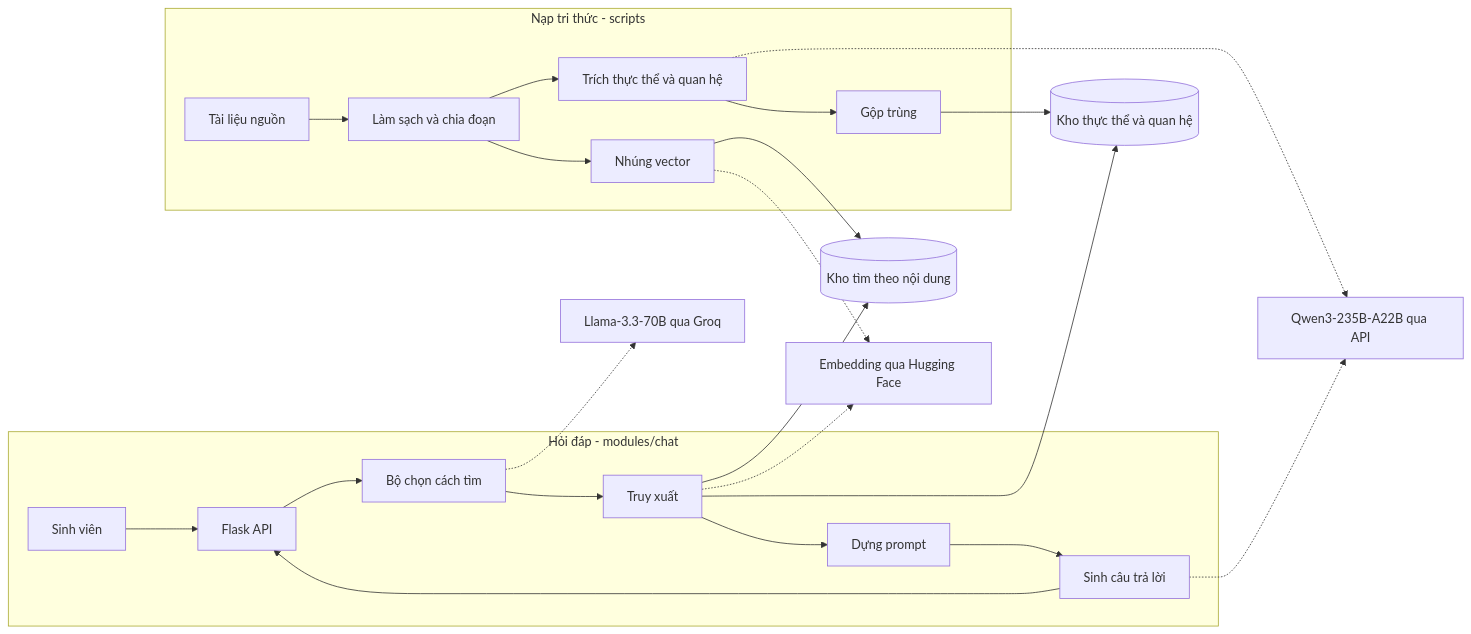
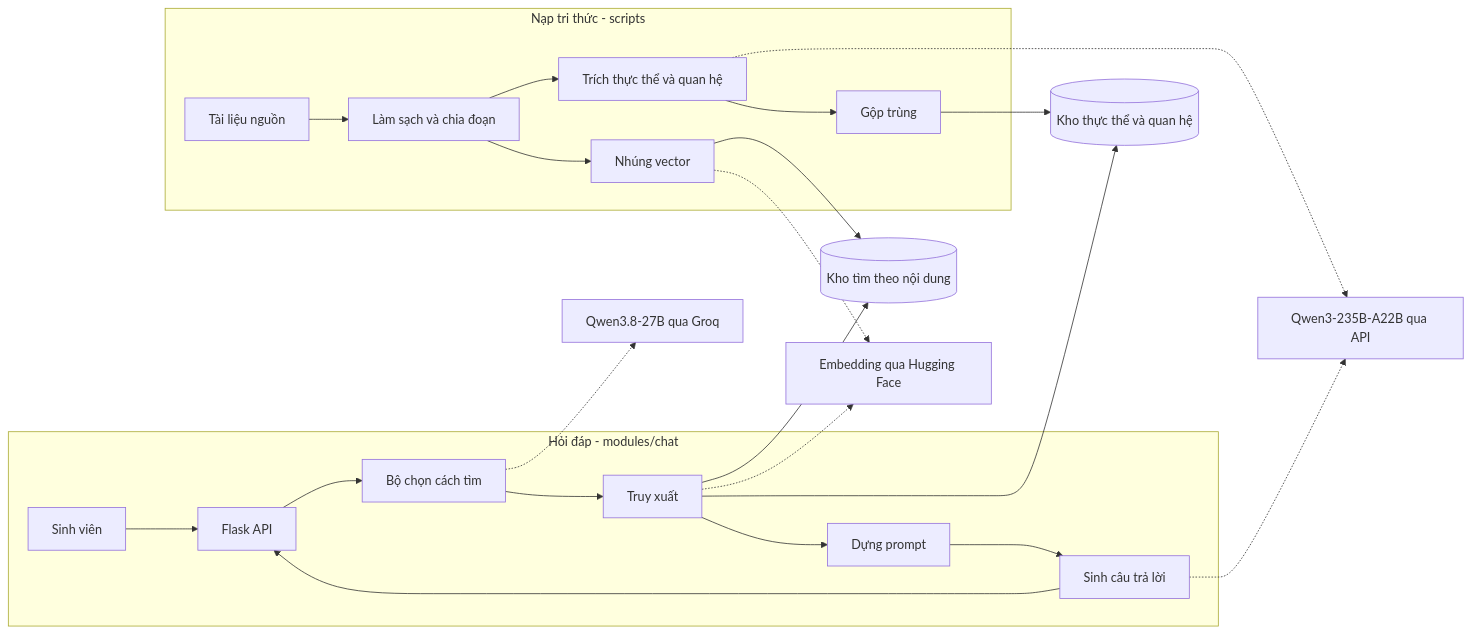
Before and after one commit to leduyquang-end/ChatBot-TLU: the diagram in docs/2-ky-thuat/Kien_truc_chatbot_tlu.md, drawn with Mermaid. The commit also changed other lines of this file and 142 other files, not shown here.

````diff
--- a/docs/2-ky-thuat/Kien_truc_chatbot_tlu.md
+++ b/docs/2-ky-thuat/Kien_truc_chatbot_tlu.md
@@ -23,28 +23,28 @@
 ```mermaid
 flowchart LR
   subgraph Offline[Nạp tri thức - scripts]
     S1[Tài liệu nguồn] --> S2[Làm sạch và chia đoạn]
     S2 --> S3[Nhúng vector]
     S2 --> S4[Trích thực thể và quan hệ]
     S4 --> S5[Gộp trùng]
   end
   S3 --> CDB[(Kho tìm theo nội dung)]
   S5 --> NDB[(Kho thực thể và quan hệ)]
 
   subgraph Online[Hỏi đáp - modules/chat]
     U[Sinh viên] --> F[Flask API]
     F --> R[Bộ chọn cách tìm]
     R --> T[Truy xuất]
     T --> P[Dựng prompt]
     P --> G[Sinh câu trả lời]
     G --> F
   end
   T --> CDB
   T --> NDB
 
-  R -.-> LLM1[Llama-3.3-70B qua Groq]
+  R -.-> LLM1[Qwen3.8-27B qua Groq]
   S4 -.-> LLM2[Qwen3-235B-A22B qua API]
   G -.-> LLM2
   S3 -.-> EMB[Embedding qua Hugging Face]
   T -.-> EMB
 ```
````
